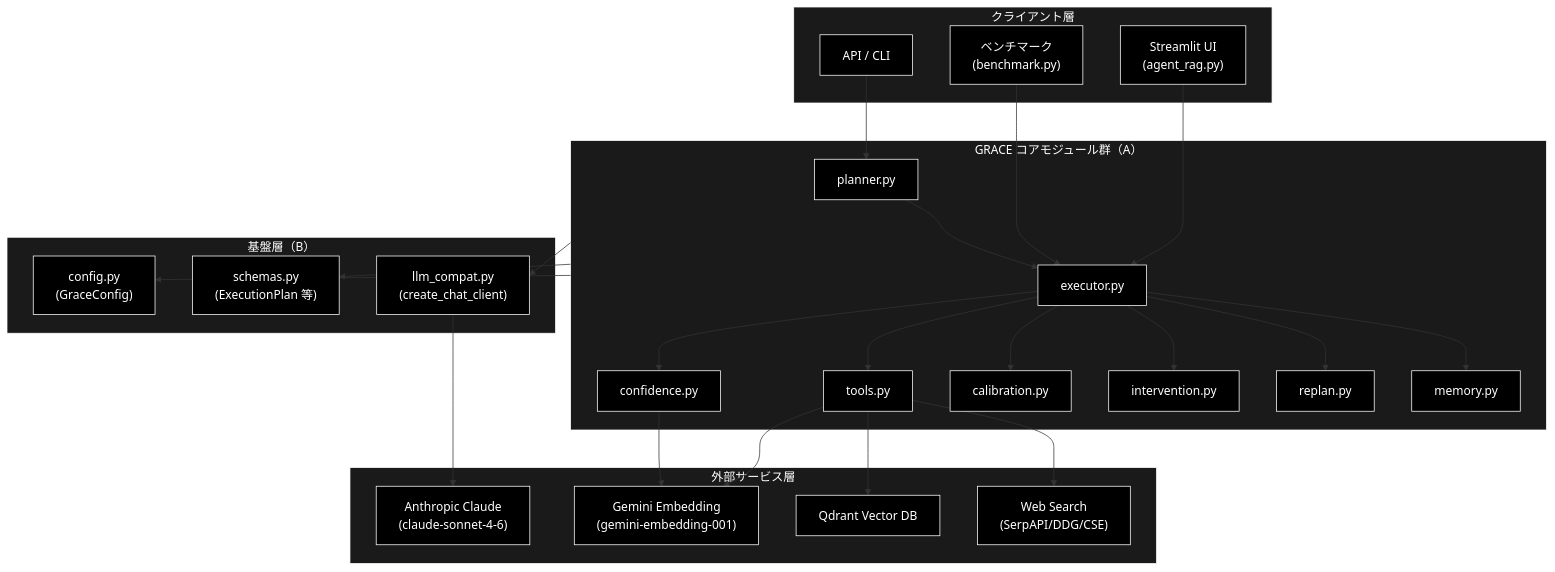
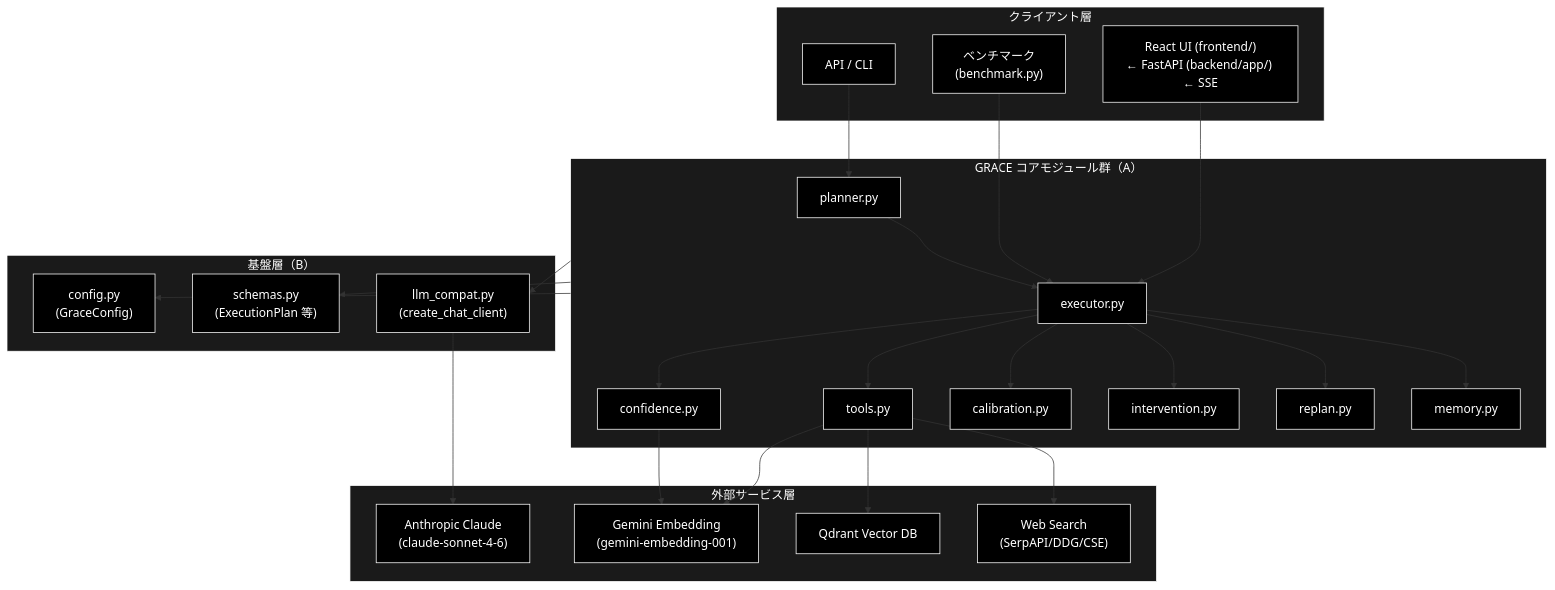
One commit to nakashima2toshio/grace_v2 changed the second of 6 diagrams in grace/docs/grace_core.md. Above: the diagram before and after it, drawn with Mermaid. The commit also changed other lines of this file and 12 other files, not shown here.

````diff
--- a/grace/docs/grace_core.md
+++ b/grace/docs/grace_core.md
@@ -140,60 +140,60 @@
 ```mermaid
 flowchart TB
     subgraph CLIENT["クライアント層"]
-        UI["Streamlit UI<br>(agent_rag.py)"]
+        UI["React UI (frontend/)<br>← FastAPI (backend/app/) ← SSE"]
         BENCH["ベンチマーク<br>(benchmark.py)"]
         API["API / CLI"]
     end
 
     subgraph CORE["GRACE コアモジュール群（A）"]
         PLANNER["planner.py"]
         EXECUTOR["executor.py"]
         TOOLS["tools.py"]
         CONFIDENCE["confidence.py"]
         CALIBRATION["calibration.py"]
         INTERVENTION["intervention.py"]
         REPLAN["replan.py"]
         MEMORY["memory.py"]
     end
 
     subgraph FOUND["基盤層（B）"]
         CONFIG["config.py<br>(GraceConfig)"]
         SCHEMAS["schemas.py<br>(ExecutionPlan 等)"]
         LLMCOMPAT["llm_compat.py<br>(create_chat_client)"]
     end
 
     subgraph EXTERNAL["外部サービス層"]
         ANTHROPIC["Anthropic Claude<br>(claude-sonnet-4-6)"]
         GEMINI["Gemini Embedding<br>(gemini-embedding-001)"]
         QDRANT["Qdrant Vector DB"]
         WEB["Web Search<br>(SerpAPI/DDG/CSE)"]
     end
 
     UI --> EXECUTOR
     BENCH --> EXECUTOR
     API --> PLANNER
     PLANNER --> EXECUTOR
     EXECUTOR --> TOOLS
     EXECUTOR --> CONFIDENCE
     EXECUTOR --> CALIBRATION
     EXECUTOR --> INTERVENTION
     EXECUTOR --> REPLAN
     EXECUTOR --> MEMORY
 
     CORE --> CONFIG
     CORE --> SCHEMAS
     CORE --> LLMCOMPAT
 
     LLMCOMPAT --> ANTHROPIC
     TOOLS --> GEMINI
     CONFIDENCE --> GEMINI
     TOOLS --> QDRANT
     TOOLS --> WEB
 classDef default fill:#000,stroke:#fff,color:#fff
 classDef subgraphStyle fill:#1a1a1a,stroke:#fff,color:#fff
 class UI,BENCH,API,PLANNER,EXECUTOR,TOOLS,CONFIDENCE,CALIBRATION,INTERVENTION,REPLAN,MEMORY,CONFIG,SCHEMAS,LLMCOMPAT,ANTHROPIC,GEMINI,QDRANT,WEB default
 style CLIENT fill:#1a1a1a,stroke:#fff,color:#fff
 style CORE fill:#1a1a1a,stroke:#fff,color:#fff
 style FOUND fill:#1a1a1a,stroke:#fff,color:#fff
 style EXTERNAL fill:#1a1a1a,stroke:#fff,color:#fff
 ```
````
